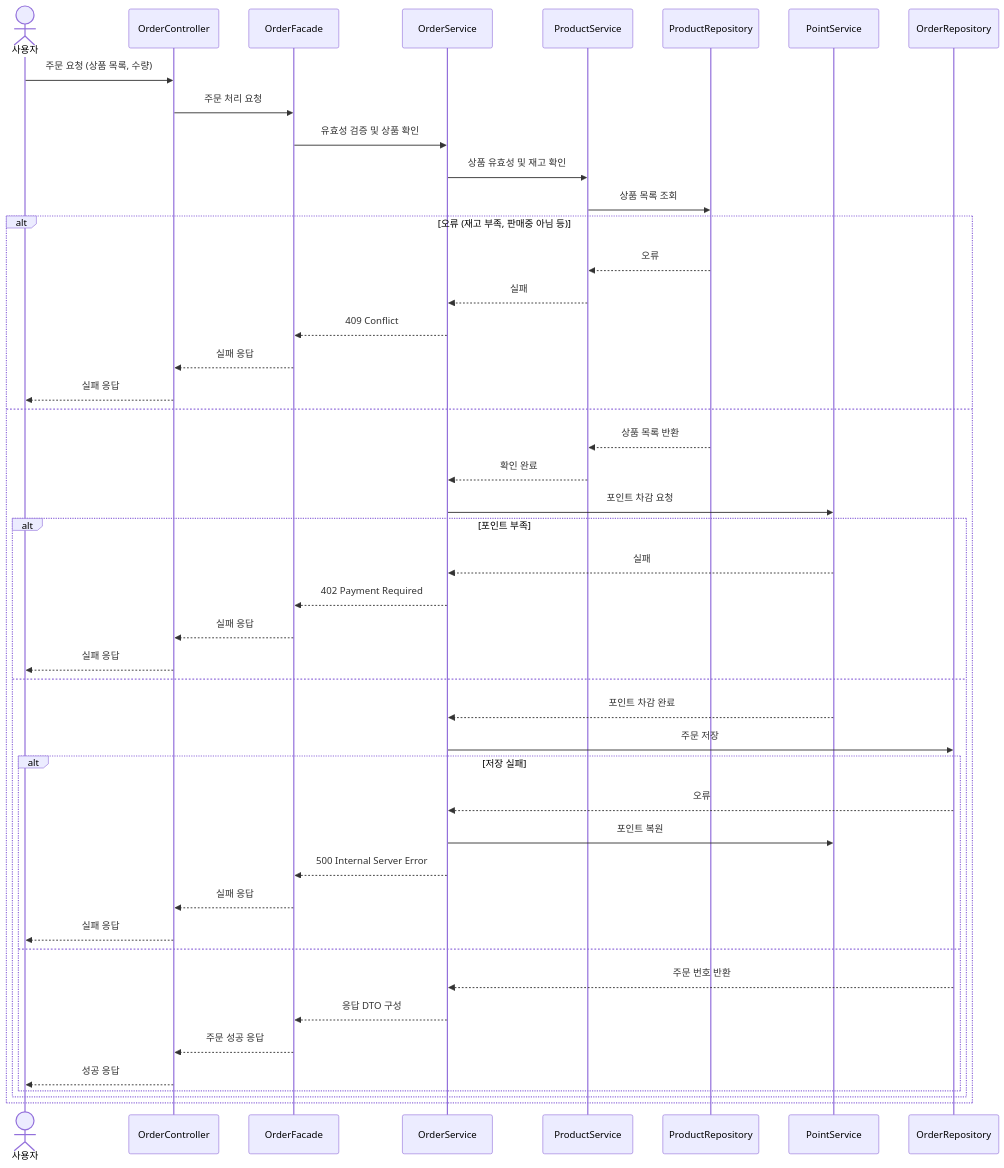
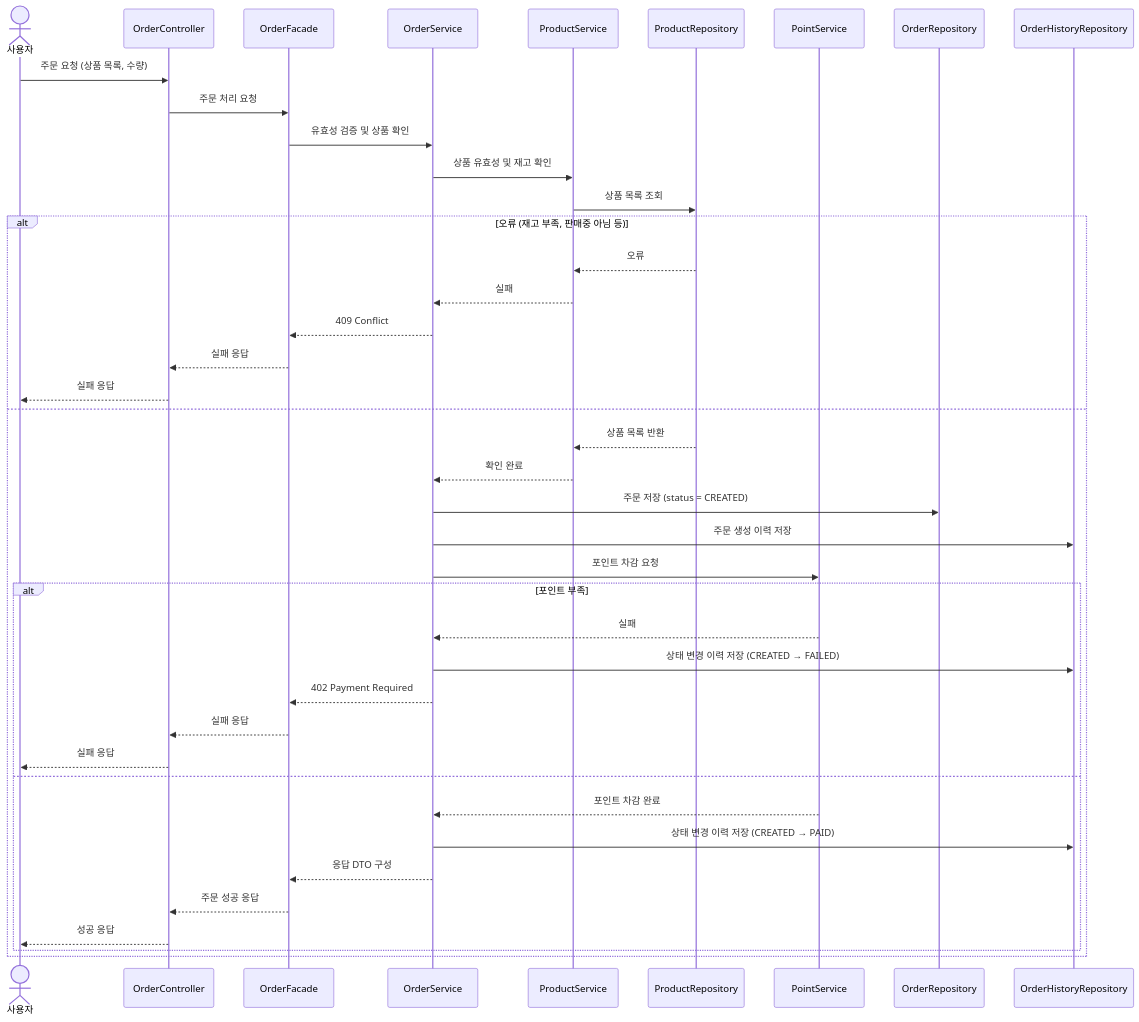
The diagram in .doc/design/02-sequence-diagrams_order.md (xogns4909/loopers_commerce), drawn with Mermaid before and after one commit. The commit also changed 1 other file, not shown here.

Commit message:
refactor: 포인트, 주문 ,결제 seq 다이어그램 log 기록 추가

````diff
--- a/.doc/design/02-sequence-diagrams_order.md
+++ b/.doc/design/02-sequence-diagrams_order.md
@@ -3,49 +3,46 @@
 ```mermaid
 sequenceDiagram
-actor U as 사용자
-participant OC as OrderController
-participant OF as OrderFacade
-participant OS as OrderService
-participant PS as ProductService
-participant PR as ProductRepository
-participant PT as PointService
-participant OR as OrderRepository
+    actor U as 사용자
+    participant OC as OrderController
+    participant OF as OrderFacade
+    participant OS as OrderService
+    participant PS as ProductService
+    participant PR as ProductRepository
+    participant PT as PointService
+    participant OR as OrderRepository
+    participant OHR as OrderHistoryRepository
 
-U ->> OC: 주문 요청 (상품 목록, 수량)
-OC ->> OF: 주문 처리 요청
-OF ->> OS: 유효성 검증 및 상품 확인
-OS ->> PS: 상품 유효성 및 재고 확인
-PS ->> PR: 상품 목록 조회
-alt 오류 (재고 부족, 판매중 아님 등)
-    PR -->> PS: 오류
-    PS -->> OS: 실패
-    OS -->> OF: 409 Conflict
-    OF -->> OC: 실패 응답
-    OC -->> U: 실패 응답
-else
-    PR -->> PS: 상품 목록 반환
-    PS -->> OS: 확인 완료
-    OS ->> PT: 포인트 차감 요청
-    alt 포인트 부족
-        PT -->> OS: 실패
-        OS -->> OF: 402 Payment Required
+    U ->> OC: 주문 요청 (상품 목록, 수량)
+    OC ->> OF: 주문 처리 요청
+    OF ->> OS: 유효성 검증 및 상품 확인
+    OS ->> PS: 상품 유효성 및 재고 확인
+    PS ->> PR: 상품 목록 조회
+    alt 오류 (재고 부족, 판매중 아님 등)
+        PR -->> PS: 오류
+        PS -->> OS: 실패
+        OS -->> OF: 409 Conflict
         OF -->> OC: 실패 응답
         OC -->> U: 실패 응답
     else
-        PT -->> OS: 포인트 차감 완료
-        OS ->> OR: 주문 저장
-        alt 저장 실패
-            OR -->> OS: 오류
-            OS ->> PT: 포인트 복원
-            OS -->> OF: 500 Internal Server Error
+        PR -->> PS: 상품 목록 반환
+        PS -->> OS: 확인 완료
+        OS ->> OR: 주문 저장 (status = CREATED)
+        OS ->> OHR: 주문 생성 이력 저장
+
+        OS ->> PT: 포인트 차감 요청
+        alt 포인트 부족
+            PT -->> OS: 실패
+            OS ->> OHR: 상태 변경 이력 저장 (CREATED → FAILED)
+            OS -->> OF: 402 Payment Required
             OF -->> OC: 실패 응답
             OC -->> U: 실패 응답
         else
-            OR -->> OS: 주문 번호 반환
+            PT -->> OS: 포인트 차감 완료
+            OS ->> OHR: 상태 변경 이력 저장 (CREATED → PAID)
             OS -->> OF: 응답 DTO 구성
             OF -->> OC: 주문 성공 응답
             OC -->> U: 성공 응답
         end
     end
-end
+
 ```
````
